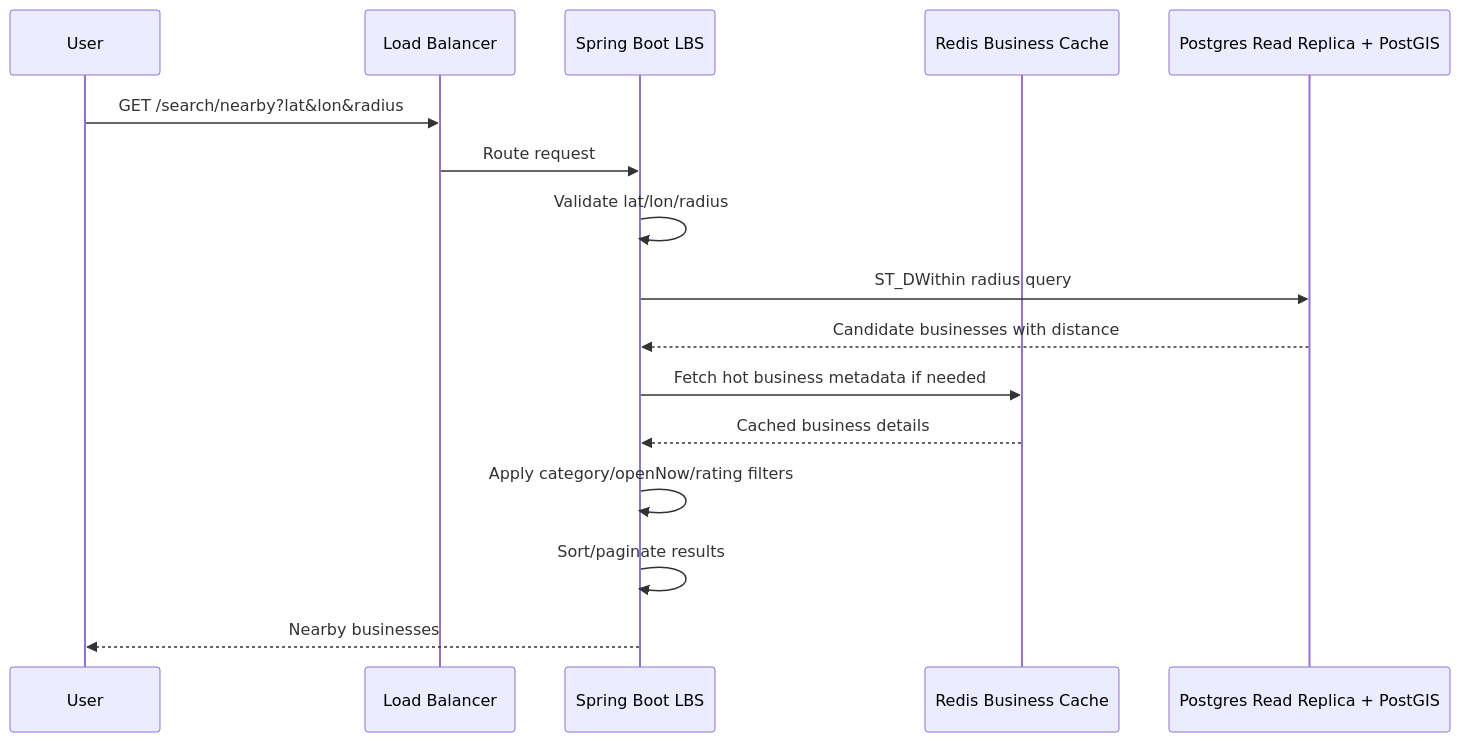
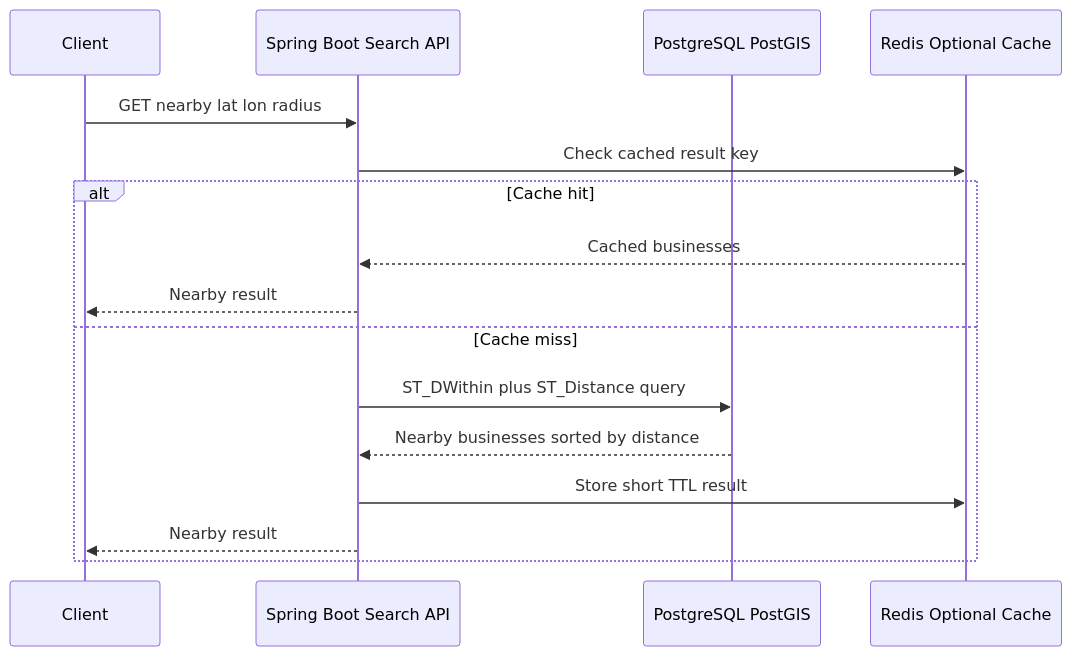
One commit to mthaiseer/springcloud-systemdesign-notes changed the sixth of 18 diagrams in HLD_NOTES/004_INTERVIEW_PROBLEMS/013_proximity_service_visual_notes.md. Above: the diagram before and after it, drawn with Mermaid. The commit also changed other lines of this file and 1 other file, not shown here.

````diff
--- a/HLD_NOTES/004_INTERVIEW_PROBLEMS/013_proximity_service_visual_notes.md
+++ b/HLD_NOTES/004_INTERVIEW_PROBLEMS/013_proximity_service_visual_notes.md
@@ -286,19 +289,19 @@
 ```mermaid
 sequenceDiagram
-    participant User
-    participant LB as Load Balancer
-    participant LBS as Spring Boot LBS
-    participant Cache as Redis Business Cache
-    participant PG as Postgres Read Replica + PostGIS
+    participant Client
+    participant API as Spring Boot Search API
+    participant DB as PostgreSQL PostGIS
+    participant Redis as Redis Optional Cache
 
-    User->>LB: GET /search/nearby?lat&lon&radius
-    LB->>LBS: Route request
-    LBS->>LBS: Validate lat/lon/radius
-    LBS->>PG: ST_DWithin radius query
-    PG-->>LBS: Candidate businesses with distance
-    LBS->>Cache: Fetch hot business metadata if needed
-    Cache-->>LBS: Cached business details
-    LBS->>LBS: Apply category/openNow/rating filters
-    LBS->>LBS: Sort/paginate results
-    LBS-->>User: Nearby businesses
+    Client->>API: GET nearby lat lon radius
+    API->>Redis: Check cached result key
+    alt Cache hit
+        Redis-->>API: Cached businesses
+        API-->>Client: Nearby result
+    else Cache miss
+        API->>DB: ST_DWithin plus ST_Distance query
+        DB-->>API: Nearby businesses sorted by distance
+        API->>Redis: Store short TTL result
+        API-->>Client: Nearby result
+    end
 ```
````
